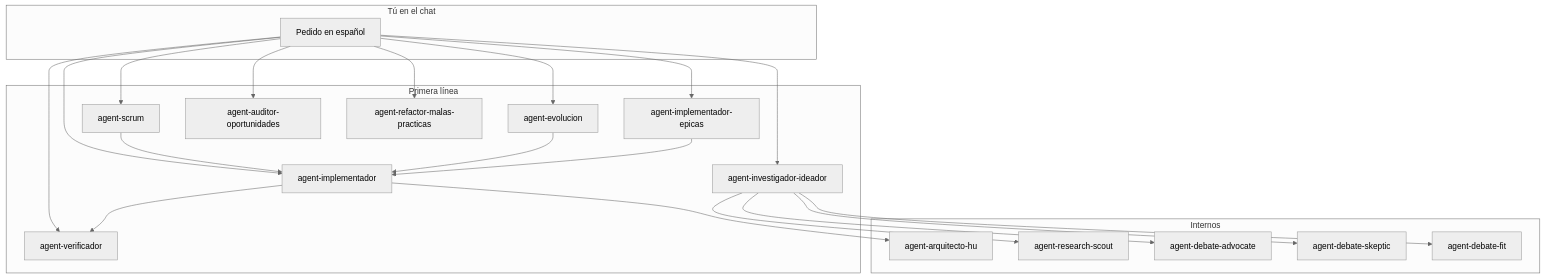
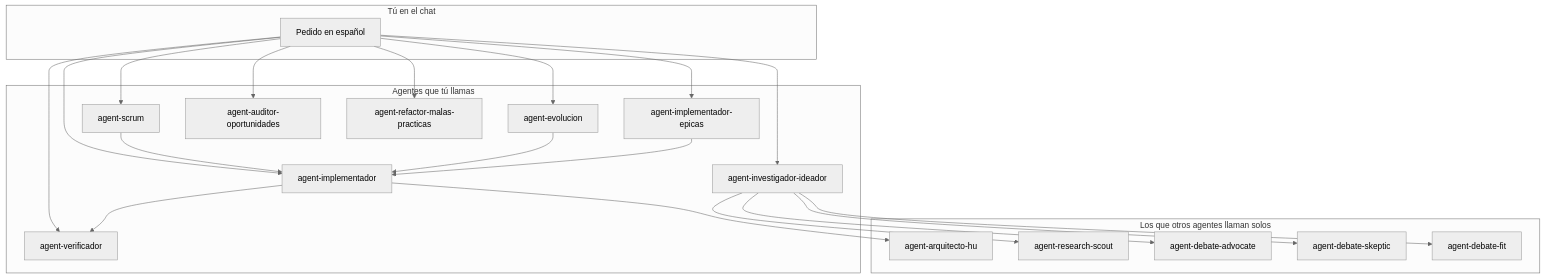
Before and after one commit to dguzmano96/scrum-dev-agents: the diagram in README.md, drawn with Mermaid (neutral theme). The commit also changed other lines of this file and 1 other file, not shown here.

````diff
--- a/README.md
+++ b/README.md
@@ -31,33 +31,33 @@
 ```mermaid
 flowchart TB
     subgraph tu["Tú en el chat"]
         U[Pedido en español]
     end
 
-    subgraph primera["Primera línea"]
+    subgraph llamas["Agentes que tú llamas"]
         scrum[agent-scrum]
         evo[agent-evolucion]
         ide[agent-investigador-ideador]
         impl[agent-implementador]
         epi[agent-implementador-epicas]
         ver[agent-verificador]
         aud[agent-auditor-oportunidades]
         ref[agent-refactor-malas-practicas]
     end
 
-    subgraph internos["Internos"]
+    subgraph detras["Los que otros agentes llaman solos"]
         arq[agent-arquitecto-hu]
         scout[agent-research-scout]
         adv[agent-debate-advocate]
         ske[agent-debate-skeptic]
         fit[agent-debate-fit]
     end
 
     U --> scrum & evo & ide & impl & epi & ver & aud & ref
     scrum --> impl
     evo --> impl
     ide --> scout & adv & ske & fit
     epi --> impl
     impl --> arq
     impl --> ver
 ```
````
